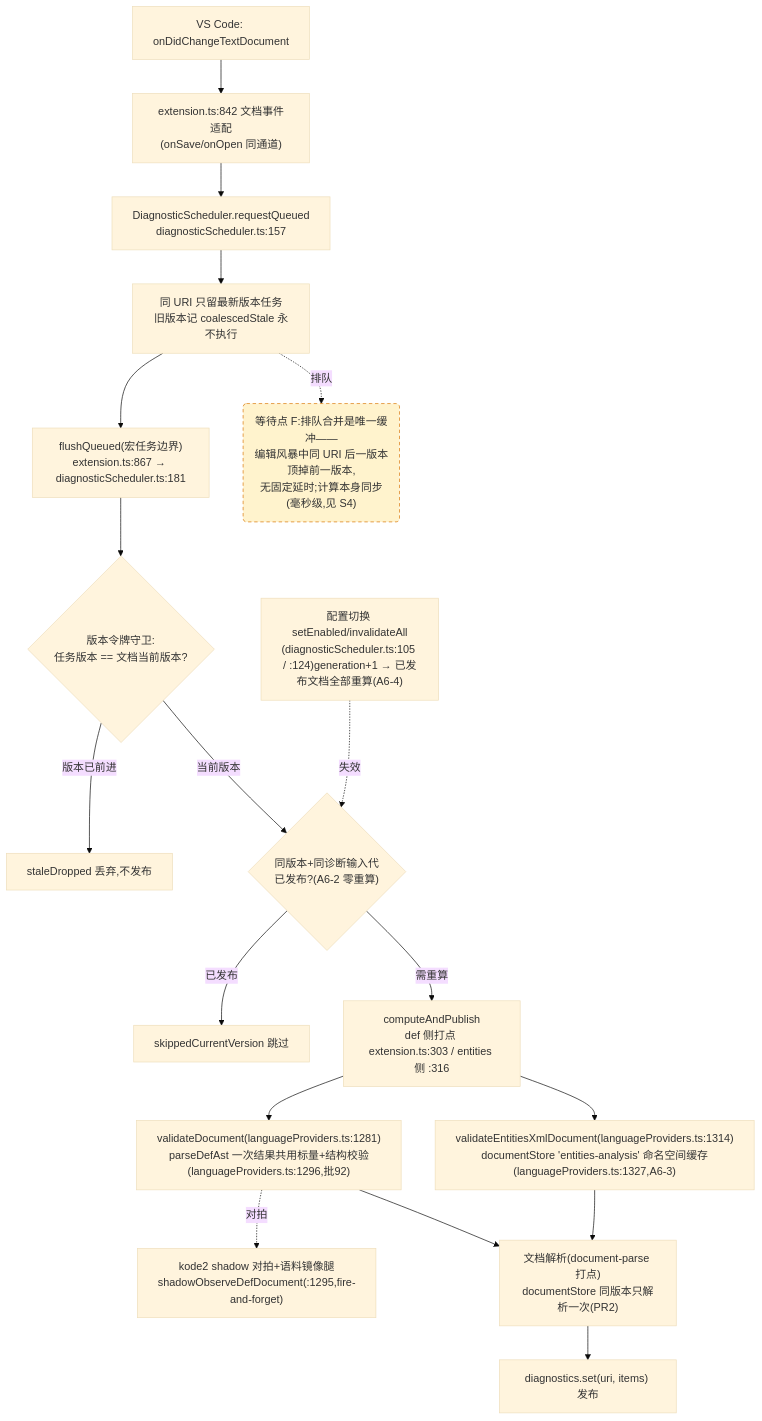
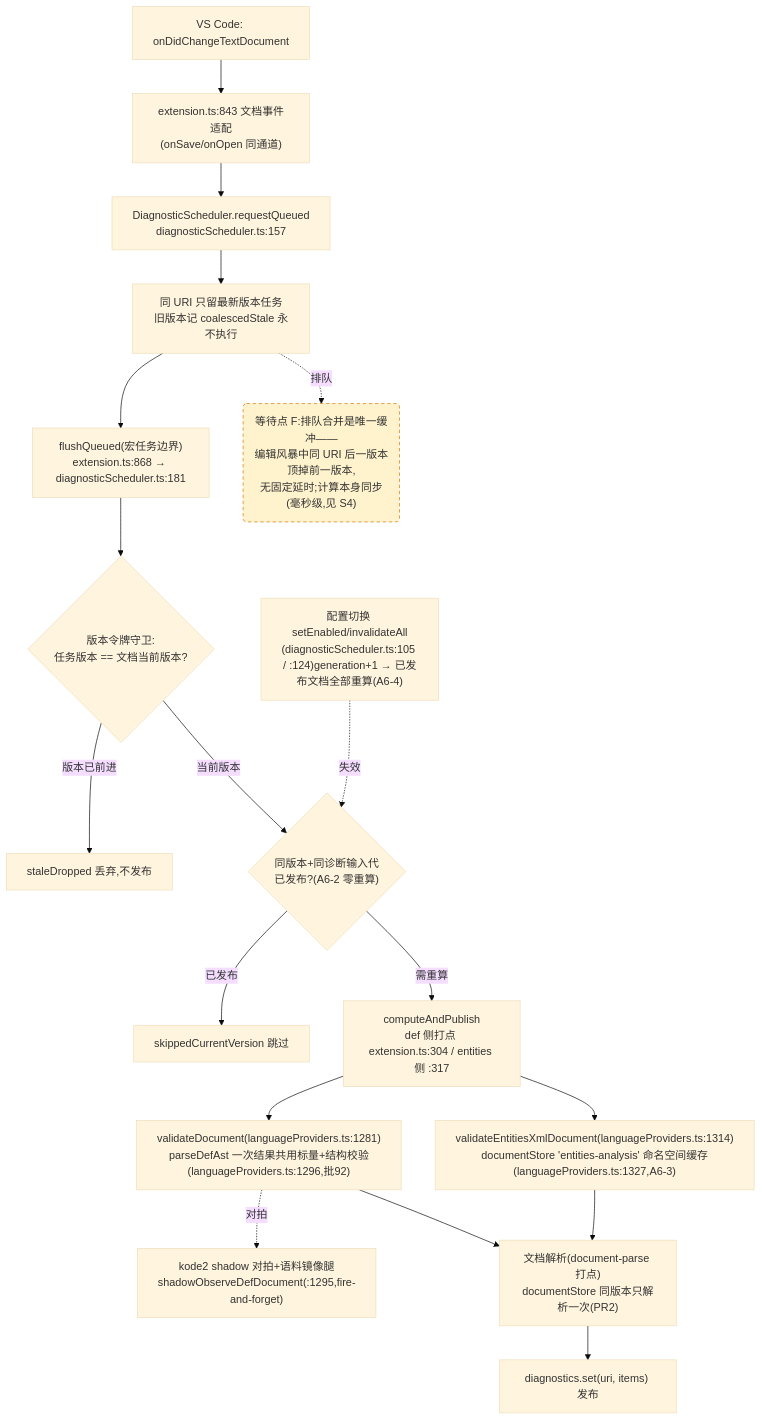
One commit to cuihairu/kode changed the fourth of 4 diagrams in docs/perf/2026-baseline.md. Above: the diagram before and after it, drawn with Mermaid (base theme). The commit also changed other lines of this file and 6 other files, not shown here.

````diff
--- a/docs/perf/2026-baseline.md
+++ b/docs/perf/2026-baseline.md
@@ -214,38 +214,38 @@
 ```mermaid
 flowchart TD
   CHG["VS Code: onDidChangeTextDocument"]
-  WATCH["extension.ts:842 文档事件适配<br/>(onSave/onOpen 同通道)"]
+  WATCH["extension.ts:843 文档事件适配<br/>(onSave/onOpen 同通道)"]
   RQ["DiagnosticScheduler.requestQueued<br/>diagnosticScheduler.ts:157"]
   CO["同 URI 只留最新版本任务<br/>旧版本记 coalescedStale 永不执行"]
-  FL["flushQueued(宏任务边界)<br/>extension.ts:867 → diagnosticScheduler.ts:181"]
+  FL["flushQueued(宏任务边界)<br/>extension.ts:868 → diagnosticScheduler.ts:181"]
   VG{"版本令牌守卫:<br/>任务版本 == 文档当前版本?"}
   DROP["staleDropped 丢弃,不发布"]
   GEN{"同版本+同诊断输入代<br/>已发布?(A6-2 零重算)"}
   SKIP["skippedCurrentVersion 跳过"]
-  CALC["computeAndPublish<br/>def 侧打点 extension.ts:303 / entities 侧 :316"]
+  CALC["computeAndPublish<br/>def 侧打点 extension.ts:304 / entities 侧 :317"]
   VD["validateDocument(languageProviders.ts:1281)<br/>parseDefAst 一次结果共用标量+结构校验(languageProviders.ts:1296,批92)"]
   VEX["validateEntitiesXmlDocument(languageProviders.ts:1314)<br/>documentStore 'entities-analysis' 命名空间缓存(languageProviders.ts:1327,A6-3)"]
   SHDD["kode2 shadow 对拍+语料镜像腿<br/>shadowObserveDefDocument(:1295,fire-and-forget)"]
   DS["文档解析(document-parse 打点)<br/>documentStore 同版本只解析一次(PR2)"]
   PUB["diagnostics.set(uri, items) 发布"]
   CFG2["配置切换 setEnabled/invalidateAll<br/>(diagnosticScheduler.ts:105 / :124)generation+1 → 已发布文档全部重算(A6-4)"]
 
   CHG --> WATCH --> RQ --> CO --> FL --> VG
   VG -- "版本已前进" --> DROP
   VG -- "当前版本" --> GEN
   GEN -- "已发布" --> SKIP
   GEN -- "需重算" --> CALC
   CALC --> VD
   CALC --> VEX
   VD --> DS
   VEX --> DS
   DS --> PUB
   VD -.->|对拍| SHDD
   CFG2 -.->|失效| GEN
 
   WAITF("等待点 F:排队合并是唯一缓冲——<br/>编辑风暴中同 URI 后一版本顶掉前一版本,<br/>无固定延时;计算本身同步(毫秒级,见 S4)")
   CO -.->|排队| WAITF
 
   classDef waitPoint fill:#fff3cd,stroke:#d97706,stroke-dasharray:5 4;
   class WAITF waitPoint;
 ```
````
